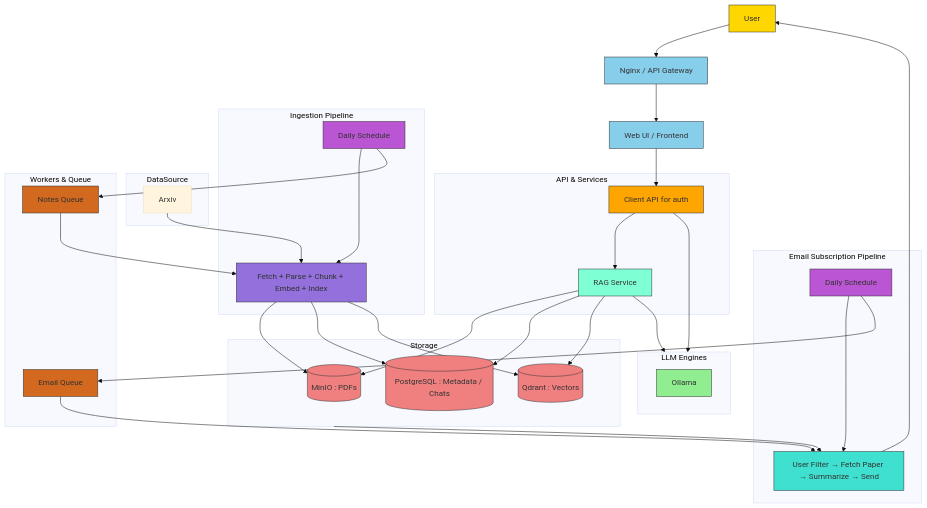
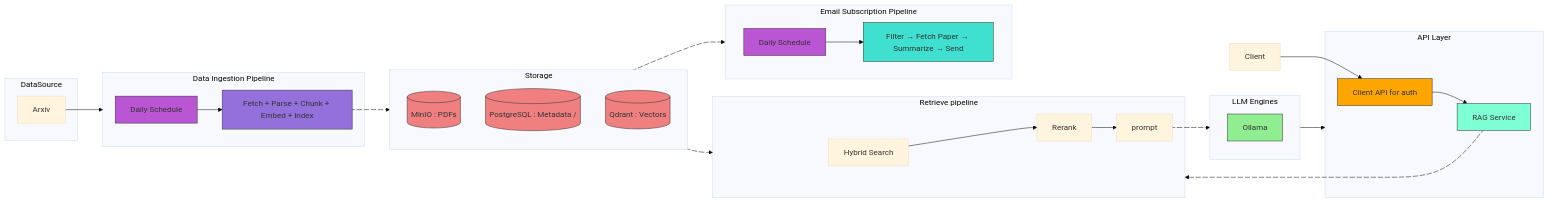
Before and after one commit to a920604a/llm-assistant: the diagram in README.MD, drawn with Mermaid (base theme). The commit also changed 2 other files, not shown here.

Commit message:
add animation

````diff
--- a/README.MD
+++ b/README.MD
@@ -87,74 +87,81 @@
 ```mermaid
-flowchart TB
-User[User]:::user --> Nginx[Nginx / API Gateway]:::frontend
-Nginx --> Client[Web UI / Frontend]:::frontend
+flowchart LR
 
-subgraph API[API & Services]
+subgraph Data[DataSource]
+  Arxiv
+end
+
+
+Arxiv --> Ingest
+
+
+subgraph Ingest[Data Ingestion Pipeline]
+  Scheduler[Daily Schedule]:::scheduler
+  IngestFlow[Fetch + Parse + Chunk + Embed + Index]:::pipeline1
+end
+
+
+subgraph API[API Layer]
   FastAPI[Client API for auth]:::api
   NoteServer[RAG Service]:::service
 end
 
 Client --> FastAPI
 FastAPI --> NoteServer
 
-subgraph Storage[Storage]
-  MinIO[(MinIO : PDFs)]:::storage
-  PostgreSQL[(PostgreSQL : Metadata / Chats)]:::storage
-  Qdrant[(Qdrant : Vectors)]:::storage
+Storage e3@ --> Retrieve
+subgraph Retrieve[Retrieve pipeline]
+    Search[Hybrid Search ] --> Rerank
+    Rerank --> prompt
 end
 
-NoteServer --> MinIO
-NoteServer --> PostgreSQL
-NoteServer --> Qdrant
-FastAPI    --> LLM
-NoteServer --> LLM
+prompt e4@ --> LLM
 
 subgraph LLM[LLM Engines]
   Ollama[Ollama]:::llm
 end
 
-subgraph Ingest[Ingestion Pipeline]
-  Scheduler[Daily Schedule]:::scheduler
-  IngestFlow[Fetch + Parse + Chunk + Embed + Index]:::pipeline1
+subgraph Storage[Storage]
+  MinIO[(MinIO : PDFs)]:::storage
+  PostgreSQL[(PostgreSQL : Metadata / )]:::storage
+  Qdrant[(Qdrant : Vectors)]:::storage
 end
 
-subgraph Data[DataSource]
-Arxiv
-end
-Arxiv --> IngestFlow
+NoteServer e5@ --> Retrieve
+LLM --> API
+
+
+
 Scheduler --> IngestFlow
-IngestFlow --> MinIO
-IngestFlow --> PostgreSQL
-IngestFlow --> Qdrant
+IngestFlow e1@ --> Storage
+
 
 subgraph Subscription[Email Subscription Pipeline]
+    direction LR
   SubSched[Daily Schedule]:::scheduler
-  SubFlow[User Filter → Fetch Paper → Summarize → Send]:::pipeline2
+  SubFlow[Filter → Fetch Paper → Summarize → Send]:::pipeline2
+    SubSched --> SubFlow
 end
 
-SubSched --> SubFlow
-Storage --> SubFlow
-SubFlow --> User
+Storage e2@ --> Subscription 
 
-subgraph Worker[Workers & Queue]
-  Queue1[Notes Queue]:::queue
-  Queue2[Email Queue]:::queue
-end
+e1@{ animation: slow }
+e2@{ animation: slow }
+e3@{ animation: fast }
+e4@{ animation: fast }
+e5@{ animation: fast }
 
-Scheduler --> Queue1
-SubSched --> Queue2
-Queue1 --> IngestFlow
-Queue2 --> SubFlow
-
-classDef user fill:#FFD700,stroke:#333,stroke-width:1px
 classDef frontend fill:#87CEEB,stroke:#333,stroke-width:1px
 classDef api fill:#FFA500,stroke:#333,stroke-width:1px
 classDef service fill:#7FFFD4,stroke:#333,stroke-width:1px
 classDef storage fill:#F08080,stroke:#333,stroke-width:1px
 classDef pipeline1 fill:#9370DB,stroke:#333,stroke-width:1px
 classDef pipeline2 fill:#40E0D0,stroke:#333,stroke-width:1px
 classDef scheduler fill:#BA55D3,stroke:#333,stroke-width:1px
 classDef llm fill:#90EE90,stroke:#333,stroke-width:1px
 classDef queue fill:#D2691E,stroke:#333,stroke-width:1px
 classDef data fill:#C0C0C0,stroke:#333,stroke-width:1px
+
+
+
 ```
````
